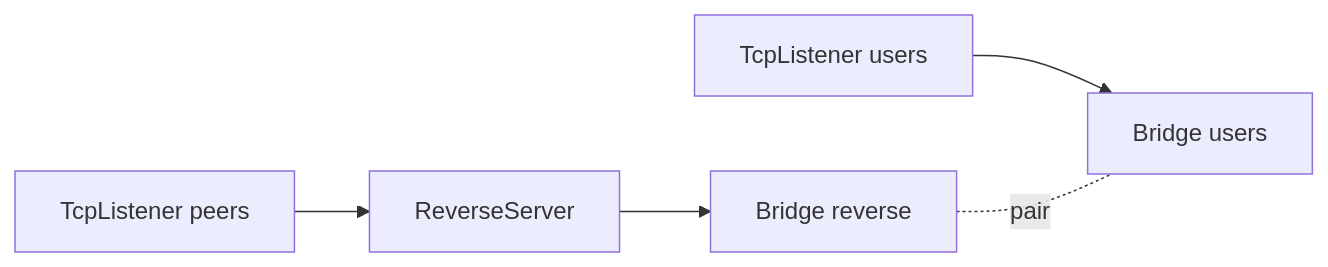
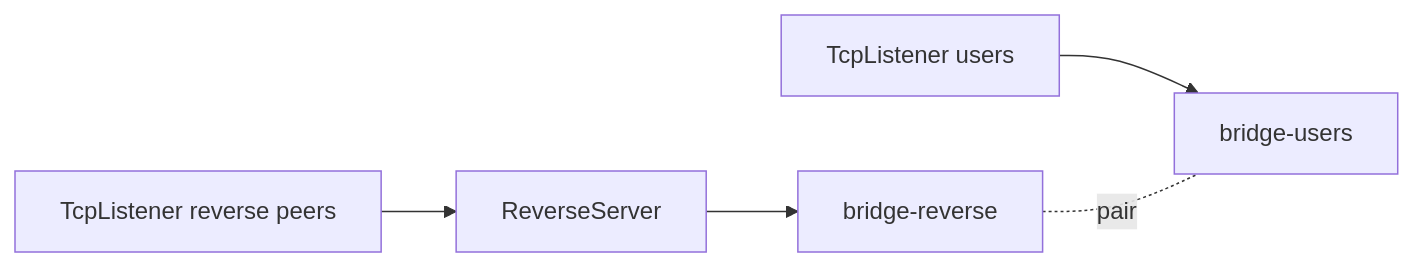
One commit to radkesvat/WaterWall-Docs changed the fifth of 5 diagrams in i18n/fa/docusaurus-plugin-content-docs/current/02-noderefs/Bridge.mdx. Above: the diagram before and after it, drawn with Mermaid. The commit also changed other lines of this file and 208 other files, not shown here.

````diff
--- a/i18n/fa/docusaurus-plugin-content-docs/current/02-noderefs/Bridge.mdx
+++ b/i18n/fa/docusaurus-plugin-content-docs/current/02-noderefs/Bridge.mdx
@@ -249,7 +253,7 @@
 ```mermaid
 flowchart LR
-    Users[TcpListener users] --> B2[Bridge users]
-    Peers[TcpListener peers] --> RS[ReverseServer]
-    RS --> B1[Bridge reverse]
+    Users[TcpListener users] --> B2[bridge-users]
+    Peers[TcpListener reverse peers] --> RS[ReverseServer]
+    RS --> B1[bridge-reverse]
     B1 -. pair .- B2
 ```
````
